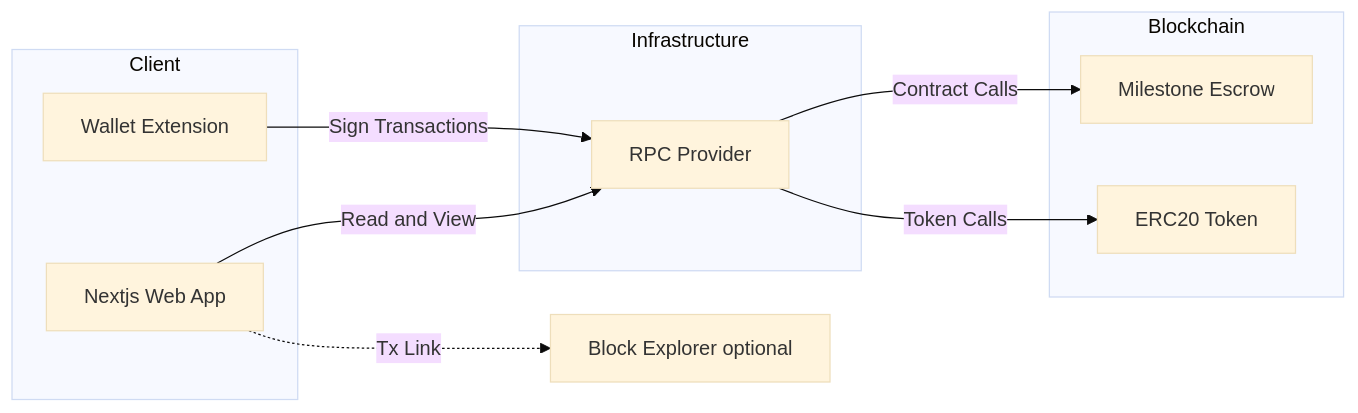
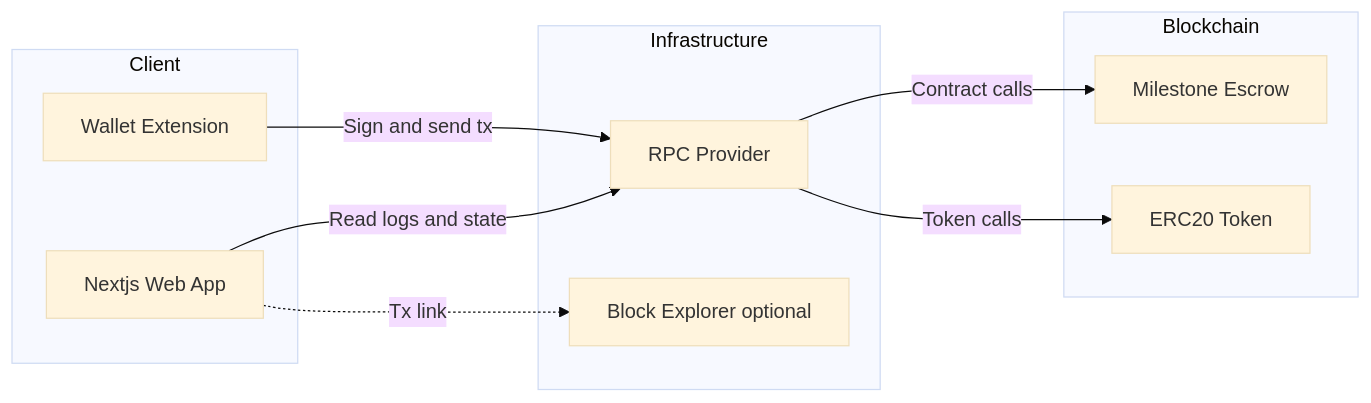
The second of 2 diagrams in README.md (usagi917/B2B_payment), drawn with Mermaid (base theme) before and after one commit. The commit also changed other lines of this file and 12 other files, not shown here.

````diff
--- a/README.md
+++ b/README.md
@@ -98,19 +99,20 @@
 ```mermaid
 graph LR
   subgraph Client
     UI[Nextjs Web App]
     Wallet[Wallet Extension]
   end
   subgraph Infrastructure
     RPC[RPC Provider]
+    Explorer[Block Explorer optional]
   end
   subgraph Blockchain
     Escrow[Milestone Escrow]
     Token[ERC20 Token]
   end
-  UI -->|Read and View| RPC
-  Wallet -->|Sign Transactions| RPC
-  RPC -->|Contract Calls| Escrow
-  RPC -->|Token Calls| Token
-  UI -.->|Tx Link| Explorer[Block Explorer optional]
+  UI -->|Read logs and state| RPC
+  Wallet -->|Sign and send tx| RPC
+  RPC -->|Contract calls| Escrow
+  RPC -->|Token calls| Token
+  UI -.->|Tx link| Explorer
 ```
````
